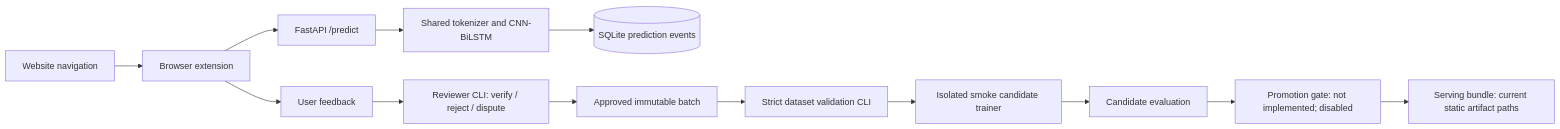
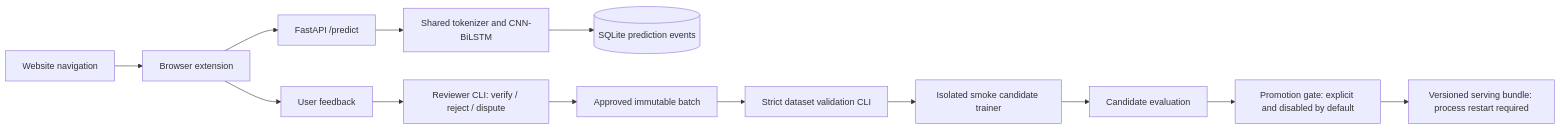
Before and after one commit to SyedHarshath/Phishing-Detection: the first of 2 diagrams in docs/MLOPS_ARCHITECTURE.md, drawn with Mermaid. The commit also changed other lines of this file and 51 other files, not shown here.

````diff
--- a/docs/MLOPS_ARCHITECTURE.md
+++ b/docs/MLOPS_ARCHITECTURE.md
@@ -3,15 +3,15 @@
 ```mermaid
 flowchart LR
   W[Website navigation] --> E[Browser extension]
   E --> A[FastAPI /predict]
   A --> P[Shared tokenizer and CNN-BiLSTM]
   P --> L[(SQLite prediction events)]
   E --> F[User feedback]
   F --> V[Reviewer CLI: verify / reject / dispute]
   V --> B[Approved immutable batch]
   B --> Q[Strict dataset validation CLI]
   Q --> C[Isolated smoke candidate trainer]
   C --> R[Candidate evaluation]
-  R --> G[Promotion gate: not implemented; disabled]
-  G --> S[Serving bundle: current static artifact paths]
+  R --> G[Promotion gate: explicit and disabled by default]
+  G --> S[Versioned serving bundle: process restart required]
 ```
````
